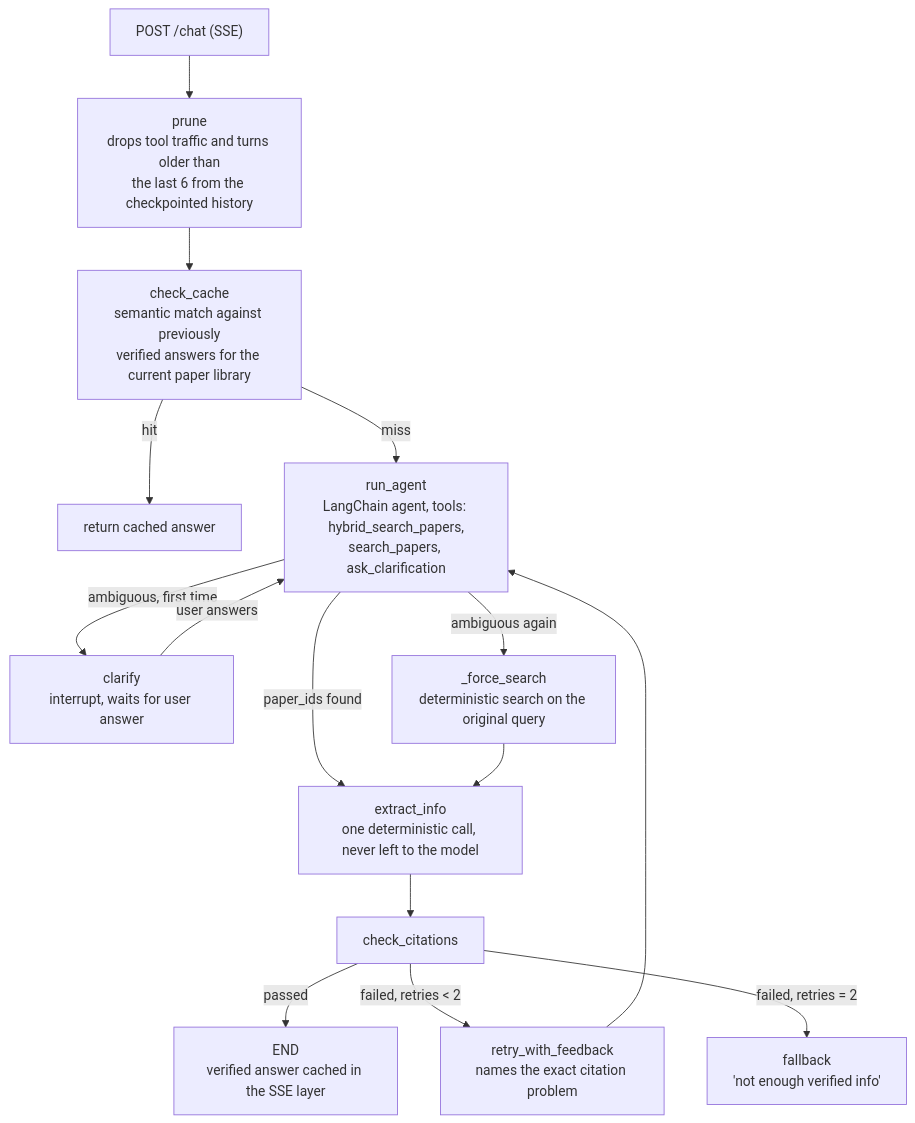
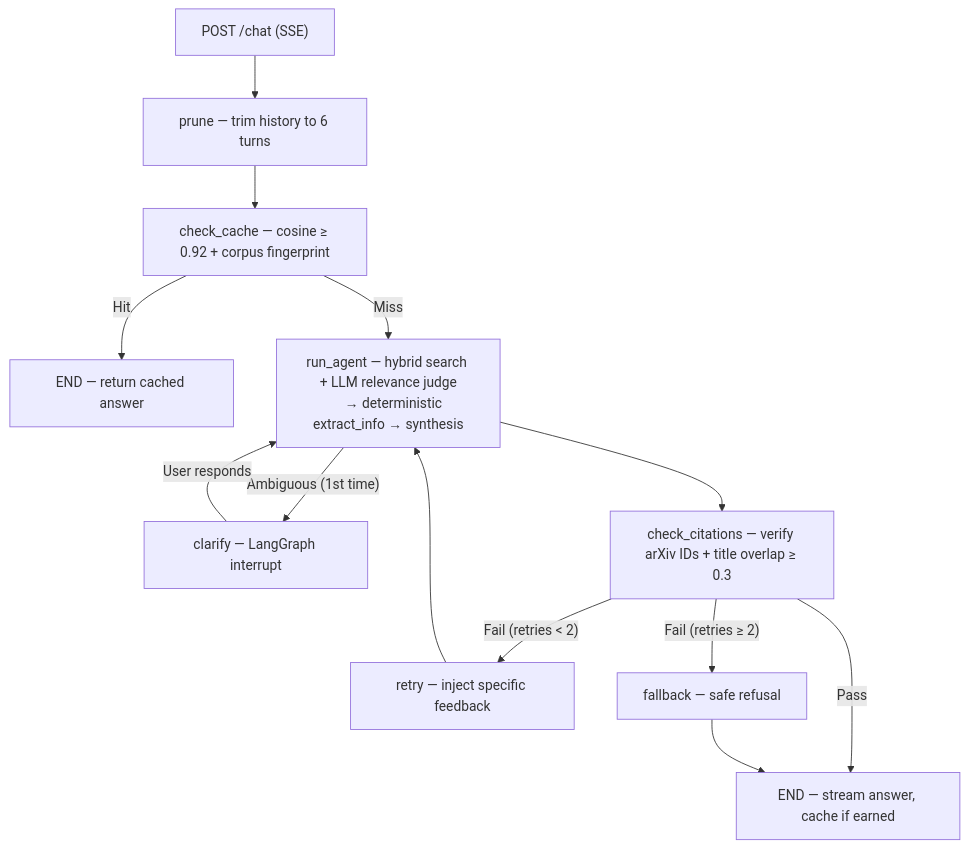
Before and after one commit to AnuradhaBhanout/Footnote: the diagram in README.md, drawn with Mermaid. The commit also changed other lines of this file, not shown here.

````diff
--- a/README.md
+++ b/README.md
@@ -18,17 +23,16 @@
 ```mermaid
 flowchart TD
-    A["POST /chat (SSE)"] --> P["prune<br/>drops tool traffic and turns older than<br/>the last 6 from the checkpointed history"]
-    P --> B["check_cache<br/>semantic match against previously<br/>verified answers for the current paper library"]
-    B -- hit --> C[return cached answer]
-    B -- miss --> D["run_agent<br/>LangChain agent, tools: hybrid_search_papers,<br/>search_papers, ask_clarification"]
-    D -- "ambiguous, first time" --> E["clarify<br/>interrupt, waits for user answer"]
-    D -- "ambiguous again" --> K["_force_search<br/>deterministic search on the original query"]
-    D -- paper_ids found --> F["extract_info<br/>one deterministic call, never left to the model"]
-    E -- user answers --> D
-    K --> F
-    F --> G[check_citations]
-    G -- passed --> H["END<br/>verified answer cached in the SSE layer"]
-    G -- "failed, retries < 2" --> I["retry_with_feedback<br/>names the exact citation problem"]
-    G -- "failed, retries = 2" --> J["fallback<br/>'not enough verified info'"]
+    A["POST /chat (SSE)"] --> P["prune — trim history to 6 turns"]
+    P --> B["check_cache — cosine ≥ 0.92 + corpus fingerprint"]
+    B -- Hit --> C["END — return cached answer"]
+    B -- Miss --> D["run_agent — hybrid search + LLM relevance judge
+    → deterministic extract_info → synthesis"]
+    D -- "Ambiguous (1st time)" --> E["clarify — LangGraph interrupt"]
+    E -- "User responds" --> D
+    D --> G["check_citations — verify arXiv IDs + title overlap ≥ 0.3"]
+    G -- Pass --> H["END — stream answer, cache if earned"]
+    G -- "Fail (retries < 2)" --> I["retry — inject specific feedback"]
     I --> D
+    G -- "Fail (retries ≥ 2)" --> J["fallback — safe refusal"]
+    J --> H
 ```
````
